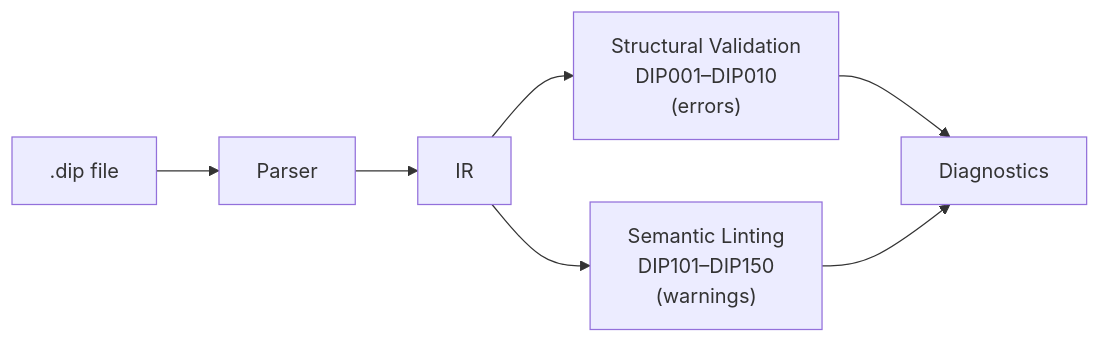
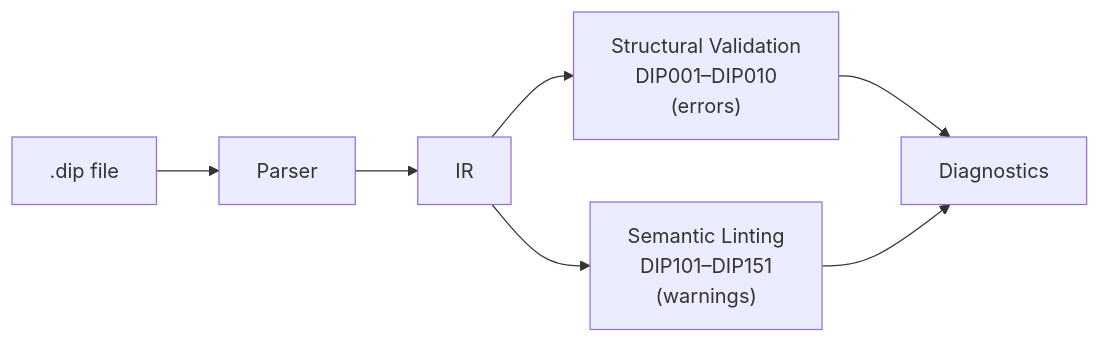
Before and after one commit to 2389-research/dippin-lang: the diagram in docs/validation.md, drawn with Mermaid. The commit also changed other lines of this file and 18 other files, not shown here.

````diff
--- a/docs/validation.md
+++ b/docs/validation.md
@@ -10,9 +10,9 @@
 ```mermaid
 graph LR
     SRC[".dip file"] --> PARSE["Parser"]
     PARSE --> IR["IR"]
     IR --> VAL["Structural Validation<br>DIP001–DIP010<br>(errors)"]
-    IR --> LINT["Semantic Linting<br>DIP101–DIP150<br>(warnings)"]
+    IR --> LINT["Semantic Linting<br>DIP101–DIP151<br>(warnings)"]
     VAL --> DIAG["Diagnostics"]
     LINT --> DIAG
 ```
````
